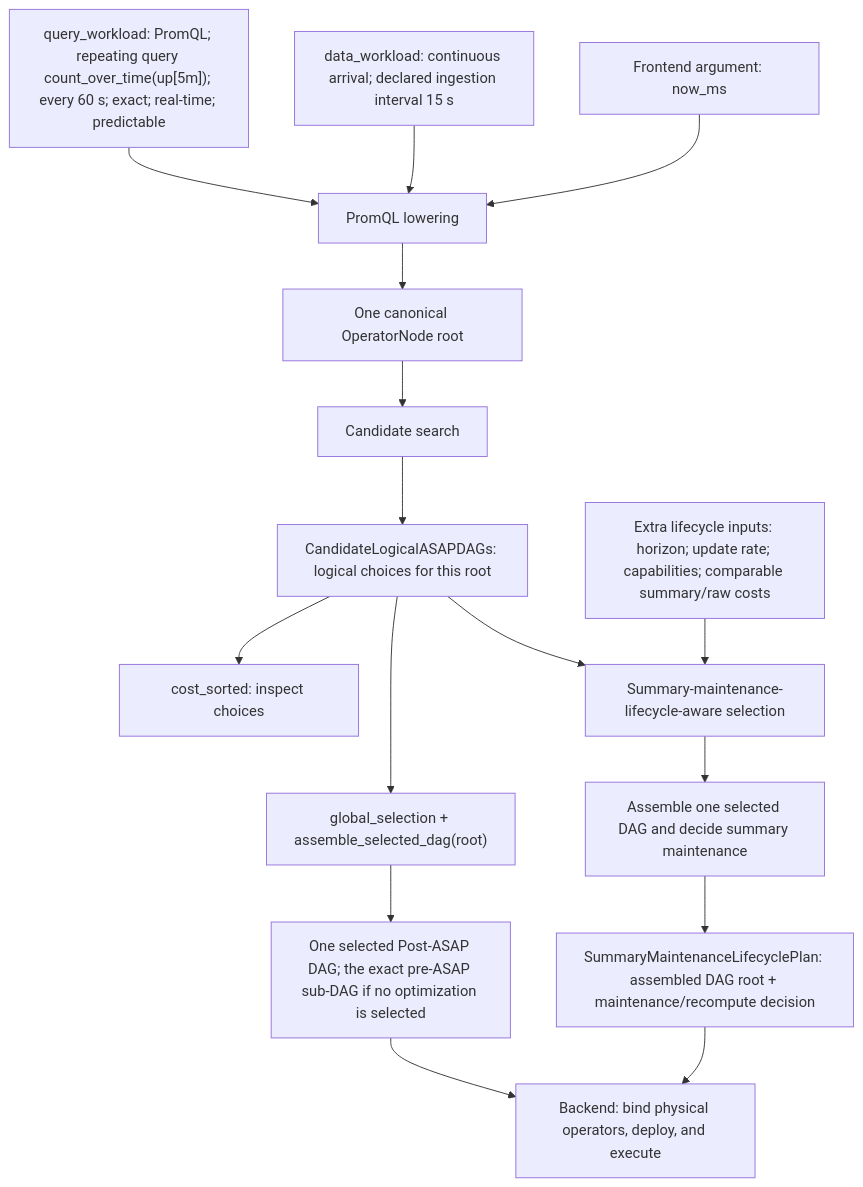
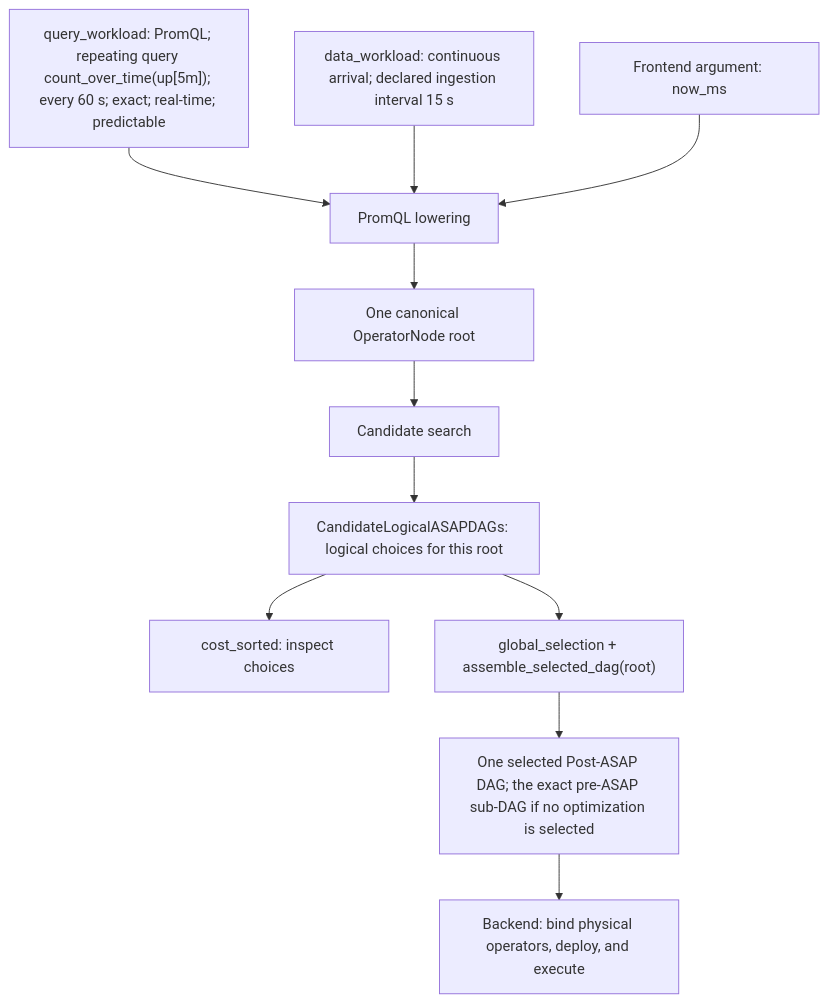
Before and after one commit to ProjectASAP/ASAPPlanner: the first of 2 diagrams in docs/design_docs/architecture/input-output-workflow.md, drawn with Mermaid. The commit also changed other lines of this file and 24 other files, not shown here.

First line of the commit message:
docs: drop the summary maintenance lifecycle and document the query-time default

````diff
--- a/docs/design_docs/architecture/input-output-workflow.md
+++ b/docs/design_docs/architecture/input-output-workflow.md
@@ -63,26 +64,20 @@
 ```mermaid
 flowchart TD
     Q["query_workload: PromQL; repeating query count_over_time(up[5m]); every 60 s; exact; real-time; predictable"]
     D["data_workload: continuous arrival; declared ingestion interval 15 s"]
     T["Frontend argument: now_ms"]
     F["PromQL lowering"]
     R["One canonical OperatorNode root"]
     S["Candidate search"]
     P["CandidateLogicalASAPDAGs: logical choices for this root"]
     I["cost_sorted: inspect choices"]
     G["global_selection + assemble_selected_dag(root)"]
     L["One selected Post-ASAP DAG; the exact pre-ASAP sub-DAG if no optimization is selected"]
-    X["Extra lifecycle inputs: horizon; update rate; capabilities; comparable summary/raw costs"]
-    H["Summary-maintenance-lifecycle-aware selection"]
-    HM["Assemble one selected DAG and decide summary maintenance"]
-    O["SummaryMaintenanceLifecyclePlan: assembled DAG root + maintenance/recompute decision"]
     B["Backend: bind physical operators, deploy, and execute"]
     Q --> F
     D --> F
     T --> F
     F --> R --> S --> P
     P --> I
     P --> G --> L --> B
-    P --> H
-    X --> H --> HM --> O --> B
 ```
````
